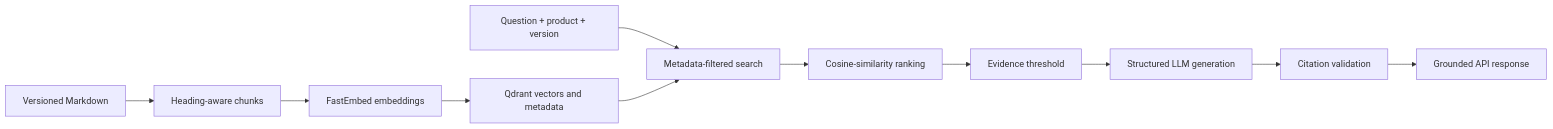
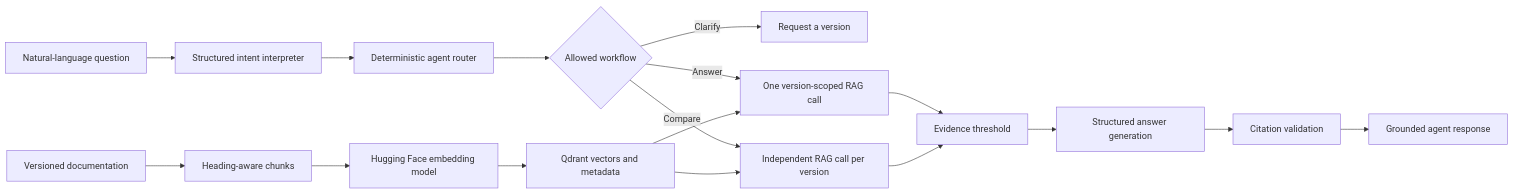
Before and after one commit to MahalaxmiK/version-aware-doc-assistant: the diagram in README.md, drawn with Mermaid. The commit also changed other lines of this file, not shown here.

Commit message:
Document bounded agentic RAG architecture

````diff
--- a/README.md
+++ b/README.md
@@ -47,14 +49,23 @@
 ```mermaid
 flowchart LR
-    A[Versioned Markdown] --> B[Heading-aware chunks]
-    B --> C[FastEmbed embeddings]
+    A[Versioned documentation] --> B[Heading-aware chunks]
+    B --> C[Hugging Face embedding model]
     C --> D[Qdrant vectors and metadata]
 
-    Q[Question + product + version] --> E[Metadata-filtered search]
-    D --> E
-    E --> F[Cosine-similarity ranking]
-    F --> G[Evidence threshold]
-    G --> H[Structured LLM generation]
-    H --> I[Citation validation]
-    I --> J[Grounded API response]
+    Q[Natural-language question] --> E[Structured intent interpreter]
+    E --> F[Deterministic agent router]
+    F --> G{Allowed workflow}
+
+    G -->|Clarify| H[Request a version]
+    G -->|Answer| I[One version-scoped RAG call]
+    G -->|Compare| J[Independent RAG call per version]
+
+    D --> I
+    D --> J
+
+    I --> K[Evidence threshold]
+    J --> K
+    K --> L[Structured answer generation]
+    L --> M[Citation validation]
+    M --> N[Grounded agent response]
 ```
````
